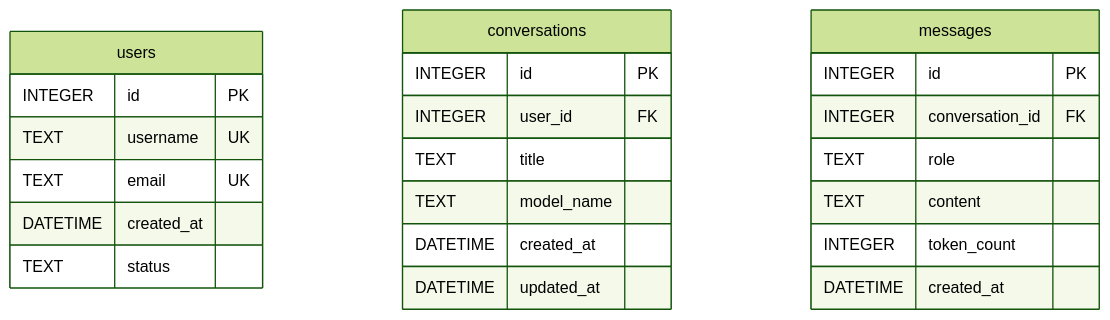
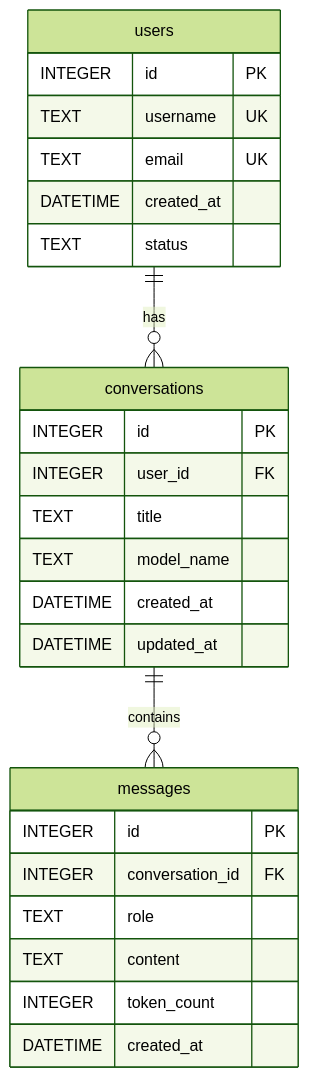
One commit to bighnaraj2008-ai/chat-usage-db changed the diagram in docs/schema-diagram.mmd. Above: the diagram before and after it, drawn with Mermaid (forest theme).

Commit message:
docs: refine entity foreign key relationships in Mermaid ER diagram

````diff
--- a/docs/schema-diagram.mmd
+++ b/docs/schema-diagram.mmd
@@ -1,28 +1,31 @@
 ```mermaid
 erDiagram
     users {
         INTEGER id PK
         TEXT username UK
         TEXT email UK
         DATETIME created_at
         TEXT status
     }
 
     conversations {
         INTEGER id PK
         INTEGER user_id FK
         TEXT title
         TEXT model_name
         DATETIME created_at
         DATETIME updated_at
     }
 
     messages {
         INTEGER id PK
         INTEGER conversation_id FK
         TEXT role
         TEXT content
         INTEGER token_count
         DATETIME created_at
     }
+
+    users ||--o{ conversations : "has"
+    conversations ||--o{ messages : "contains"
 ```
````
